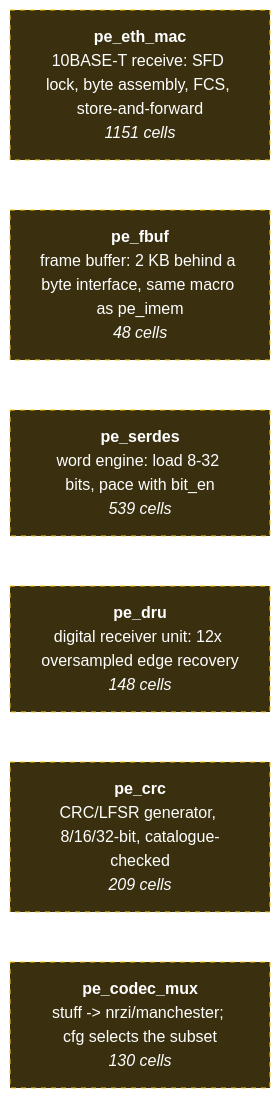
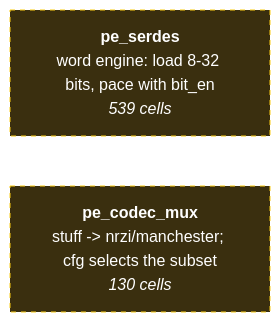
The second of 2 diagrams in wiki/reference/block-diagram.md (smprather/janestreet-blog-serial-protocol-emulator), drawn with Mermaid before and after one commit. The commit also changed other lines of this file and 16 other files, not shown here.

Commit message:
SoC: wire the 10BASE-T receive chain and the firmware frame window

````diff
--- a/wiki/reference/block-diagram.md
+++ b/wiki/reference/block-diagram.md
@@ -65,11 +75,7 @@
 ```mermaid
 flowchart LR
-    pe_eth_mac["<b>pe_eth_mac</b><br/>10BASE-T receive: SFD lock, byte assembly, FCS, store-and-forward<br/><i>1151 cells</i>"]
-    pe_fbuf["<b>pe_fbuf</b><br/>frame buffer: 2 KB behind a byte interface, same macro as pe_imem<br/><i>48 cells</i>"]
     pe_serdes["<b>pe_serdes</b><br/>word engine: load 8-32 bits, pace with bit_en<br/><i>539 cells</i>"]
-    pe_dru["<b>pe_dru</b><br/>digital receiver unit: 12x oversampled edge recovery<br/><i>148 cells</i>"]
-    pe_crc["<b>pe_crc</b><br/>CRC/LFSR generator, 8/16/32-bit, catalogue-checked<br/><i>209 cells</i>"]
     pe_codec_mux["<b>pe_codec_mux</b><br/>stuff -> nrzi/manchester; cfg selects the subset<br/><i>130 cells</i>"]
     classDef orphan fill:#3a2f0f,stroke:#facc15,color:#fff,stroke-dasharray: 5 5
-    class pe_eth_mac,pe_fbuf,pe_serdes,pe_dru,pe_crc,pe_codec_mux orphan
+    class pe_serdes,pe_codec_mux orphan
 ```
````
